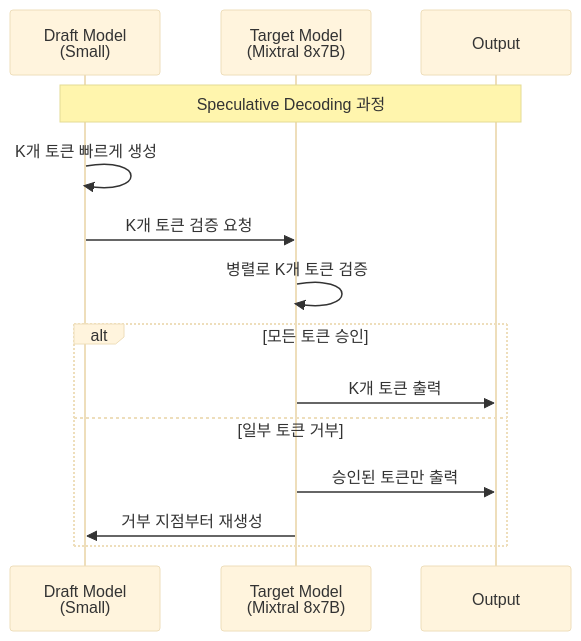
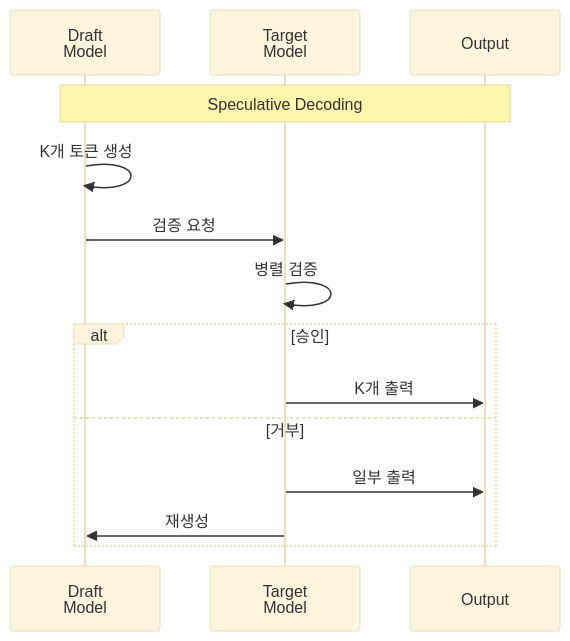
The sixth of 6 diagrams in docs/agentic-ai-platform/model-serving/moe-model-serving.md (devfloor9/engineering-playbook), drawn with Mermaid (base theme) before and after one commit. The commit also changed other lines of this file and 24 other files, not shown here.

````diff
--- a/docs/agentic-ai-platform/model-serving/moe-model-serving.md
+++ b/docs/agentic-ai-platform/model-serving/moe-model-serving.md
@@ -927,19 +957,19 @@
 ```mermaid
 sequenceDiagram
-    participant Draft as Draft Model<br/>(Small)
-    participant Target as Target Model<br/>(Mixtral 8x7B)
-    participant Output as Output
-    
-    Note over Draft,Output: Speculative Decoding 과정
-    
-    Draft->>Draft: K개 토큰 빠르게 생성
-    Draft->>Target: K개 토큰 검증 요청
-    Target->>Target: 병렬로 K개 토큰 검증
-    
-    alt 모든 토큰 승인
-        Target->>Output: K개 토큰 출력
-    else 일부 토큰 거부
-        Target->>Output: 승인된 토큰만 출력
-        Target->>Draft: 거부 지점부터 재생성
+    participant Draft as Draft<br/>Model
+    participant Target as Target<br/>Model
+    participant Out as Output
+
+    Note over Draft,Out: Speculative Decoding
+
+    Draft->>Draft: K개 토큰 생성
+    Draft->>Target: 검증 요청
+    Target->>Target: 병렬 검증
+
+    alt 승인
+        Target->>Out: K개 출력
+    else 거부
+        Target->>Out: 일부 출력
+        Target->>Draft: 재생성
     end
 ```
````
